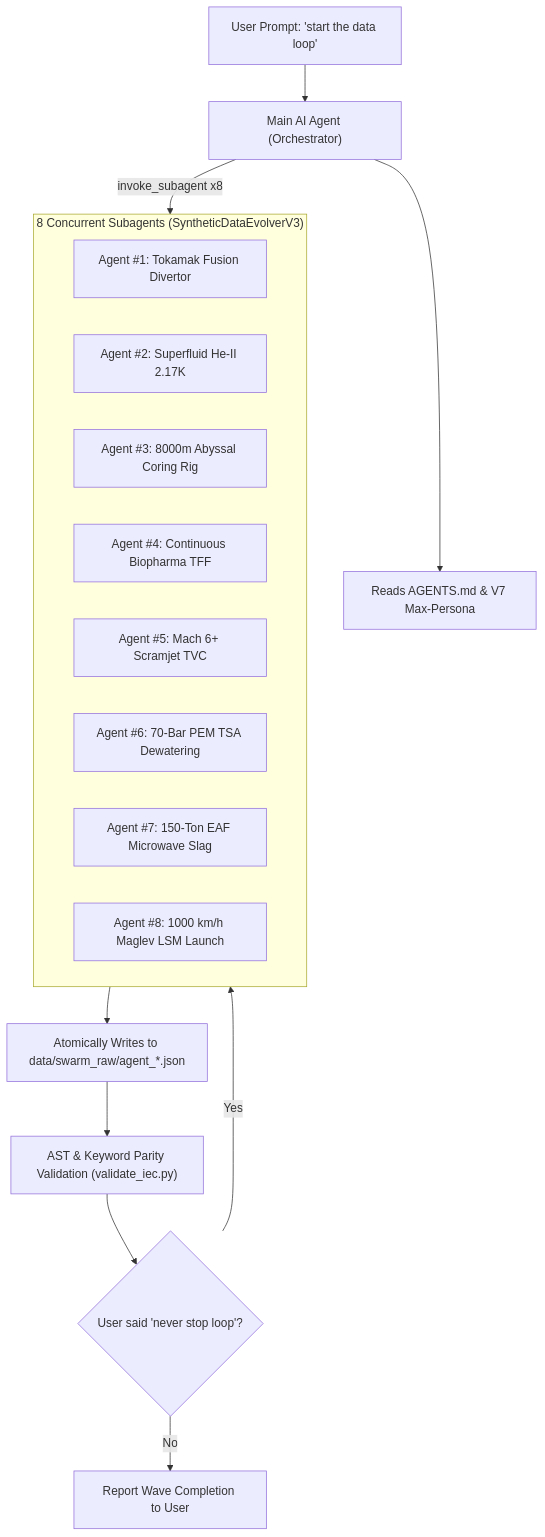
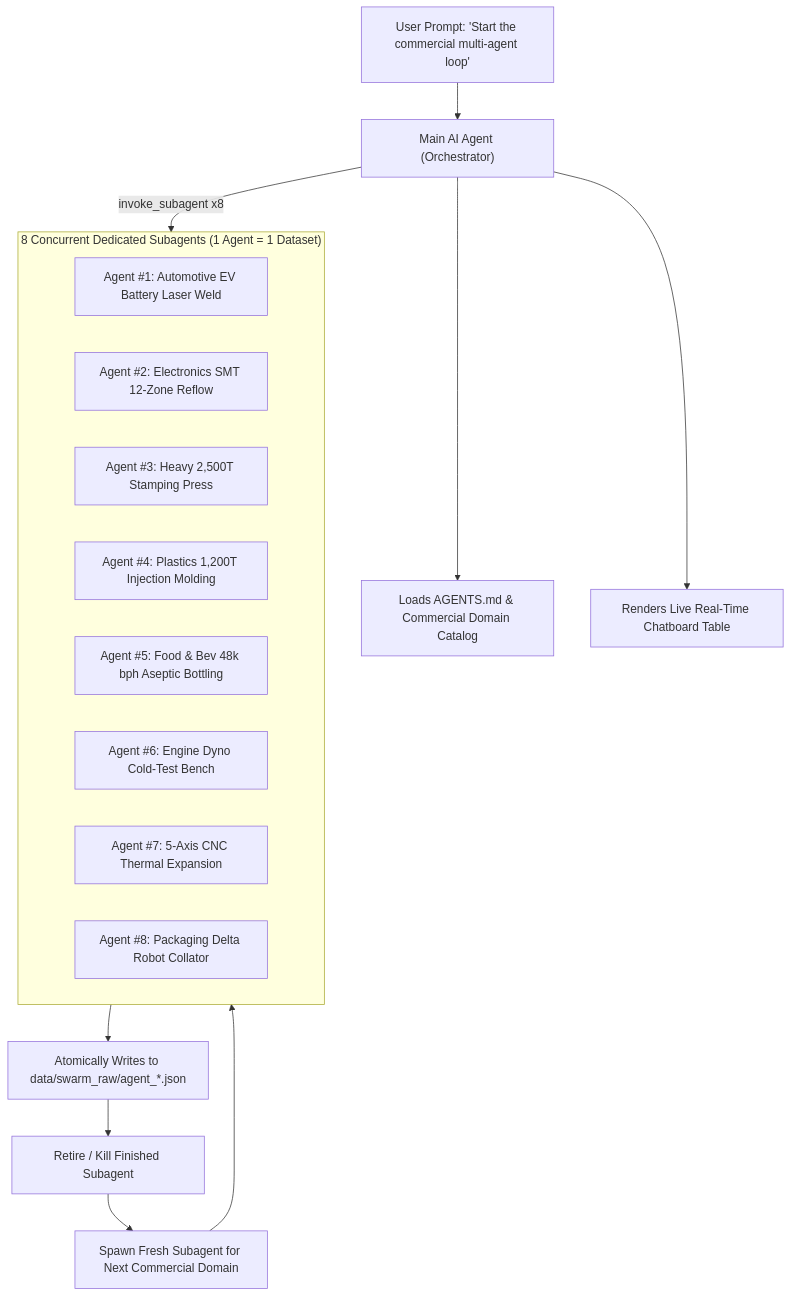
Before and after one commit to gugu-2/PLC-LLM-OS: the diagram in HOW_TO_PROMPT_AGENT_ON_NEW_COMPUTER.md, drawn with Mermaid. The commit also changed other lines of this file and 2 other files, not shown here.

Commit message:
feat(commercial): Configure 1-agent-1-dataset lifecycle and commercial manufacturing swarm rules

````diff
--- a/HOW_TO_PROMPT_AGENT_ON_NEW_COMPUTER.md
+++ b/HOW_TO_PROMPT_AGENT_ON_NEW_COMPUTER.md
@@ -102,23 +101,23 @@
 ```mermaid
 flowchart TD
-    User["User Prompt: 'start the data loop'"] --> Orchestrator["Main AI Agent (Orchestrator)"]
-    Orchestrator --> Rule["Reads AGENTS.md & V7 Max-Persona"]
+    User["User Prompt: 'Start the commercial multi-agent loop'"] --> Orchestrator["Main AI Agent (Orchestrator)"]
+    Orchestrator --> Rule["Loads AGENTS.md & Commercial Domain Catalog"]
+    Orchestrator --> Board["Renders Live Real-Time Chatboard Table"]
     
-    subgraph Swarm ["8 Concurrent Subagents (SyntheticDataEvolverV3)"]
-        A1["Agent #1: Tokamak Fusion Divertor"]
-        A2["Agent #2: Superfluid He-II 2.17K"]
-        A3["Agent #3: 8000m Abyssal Coring Rig"]
-        A4["Agent #4: Continuous Biopharma TFF"]
-        A5["Agent #5: Mach 6+ Scramjet TVC"]
-        A6["Agent #6: 70-Bar PEM TSA Dewatering"]
-        A7["Agent #7: 150-Ton EAF Microwave Slag"]
-        A8["Agent #8: 1000 km/h Maglev LSM Launch"]
+    subgraph Swarm ["8 Concurrent Dedicated Subagents (1 Agent = 1 Dataset)"]
+        A1["Agent #1: Automotive EV Battery Laser Weld"]
+        A2["Agent #2: Electronics SMT 12-Zone Reflow"]
+        A3["Agent #3: Heavy 2,500T Stamping Press"]
+        A4["Agent #4: Plastics 1,200T Injection Molding"]
+        A5["Agent #5: Food & Bev 48k bph Aseptic Bottling"]
+        A6["Agent #6: Engine Dyno Cold-Test Bench"]
+        A7["Agent #7: 5-Axis CNC Thermal Expansion"]
+        A8["Agent #8: Packaging Delta Robot Collator"]
     end
     
     Orchestrator -->|invoke_subagent x8| Swarm
     Swarm --> Save["Atomically Writes to data/swarm_raw/agent_*.json"]
-    Save --> Validator["AST & Keyword Parity Validation (validate_iec.py)"]
-    Validator --> Loop{"User said 'never stop loop'?"}
-    Loop -->|Yes| Swarm
-    Loop -->|No| Summary["Report Wave Completion to User"]
+    Save --> Retire["Retire / Kill Finished Subagent"]
+    Retire --> SpawnNew["Spawn Fresh Subagent for Next Commercial Domain"]
+    SpawnNew --> Swarm
 ```
````
